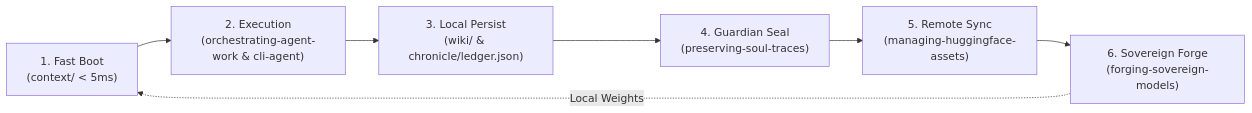
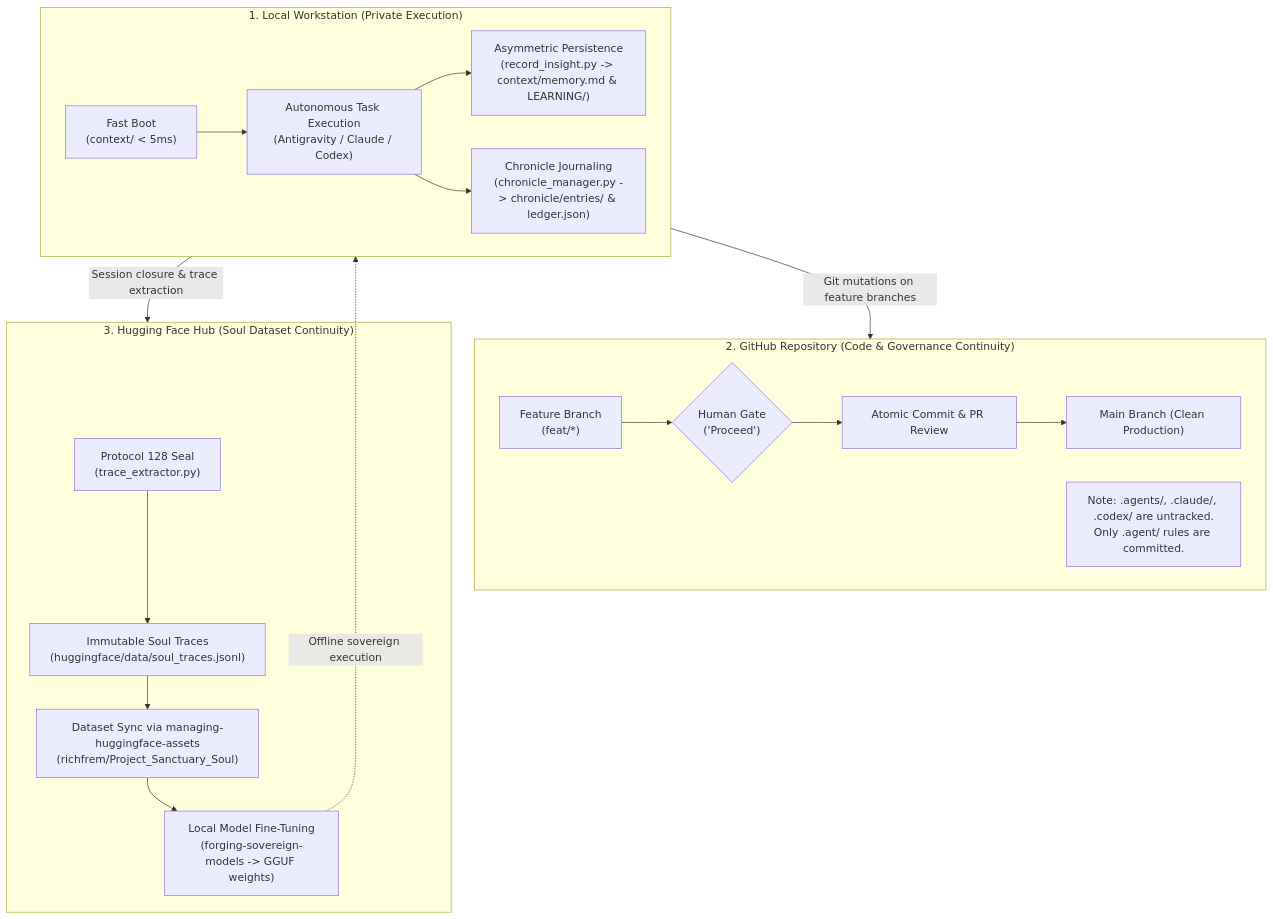
The second of 2 diagrams in architecture.md (richfrem/Project_Sanctuary), drawn with Mermaid before and after one commit. The commit also changed other lines of this file and 86 other files, not shown here.

Commit message:
refactor(architecture): consolidate sovereign domains, archive legacy root files, untrack local harnesses, and update memory architecture

````diff
--- a/architecture.md
+++ b/architecture.md
@@ -166,9 +175,25 @@
 ```mermaid
-flowchart LR
-    Boot["1. Fast Boot<br/>(context/ &lt; 5ms)"] --> Exec["2. Execution<br/>(orchestrating-agent-work &amp; cli-agent)"]
-    Exec --> LocalStore["3. Local Persist<br/>(wiki/ &amp; chronicle/ledger.json)"]
-    LocalStore --> Seal["4. Guardian Seal<br/>(preserving-soul-traces)"]
-    Seal --> RemoteHF["5. Remote Sync<br/>(managing-huggingface-assets)"]
-    RemoteHF --> Forge["6. Sovereign Forge<br/>(forging-sovereign-models)"]
-    Forge -.->|Local Weights| Boot
+flowchart TD
+    subgraph LocalMachine["1. Local Workstation (Private Execution)"]
+        Boot["Fast Boot<br/>(context/ &lt; 5ms)"] --> Exec["Autonomous Task Execution<br/>(Antigravity / Claude / Codex)"]
+        Exec --> AsymPersist["Asymmetric Persistence<br/>(record_insight.py -> context/memory.md &amp; LEARNING/)"]
+        Exec --> ChronLedger["Chronicle Journaling<br/>(chronicle_manager.py -> chronicle/entries/ &amp; ledger.json)"]
+    end
+
+    subgraph GitHubCommons["2. GitHub Repository (Code & Governance Continuity)"]
+        Branch["Feature Branch<br/>(feat/*)"] --> HumanGate{"Human Gate<br/>('Proceed')"}
+        HumanGate --> GitCommit["Atomic Commit &amp; PR Review"]
+        GitCommit --> MergeMain["Main Branch (Clean Production)"]
+        NoteGit["Note: .agents/, .claude/, .codex/ are untracked.<br/>Only .agent/ rules are committed."]
+    end
+
+    subgraph HuggingFaceCommons["3. Hugging Face Hub (Soul Dataset Continuity)"]
+        SealSession["Protocol 128 Seal<br/>(trace_extractor.py)"] --> JSONL["Immutable Soul Traces<br/>(huggingface/data/soul_traces.jsonl)"]
+        JSONL --> HFUpload["Dataset Sync via managing-huggingface-assets<br/>(richfrem/Project_Sanctuary_Soul)"]
+        HFUpload --> ModelForge["Local Model Fine-Tuning<br/>(forging-sovereign-models -> GGUF weights)"]
+    end
+
+    LocalMachine -->|Git mutations on feature branches| GitHubCommons
+    LocalMachine -->|Session closure &amp; trace extraction| HuggingFaceCommons
+    ModelForge -.->|Offline sovereign execution| LocalMachine
 ```
````
